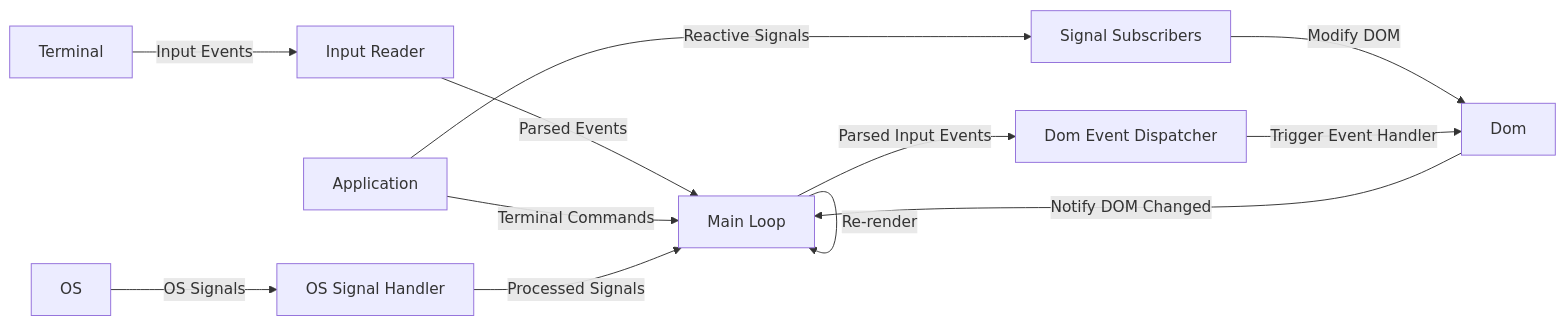
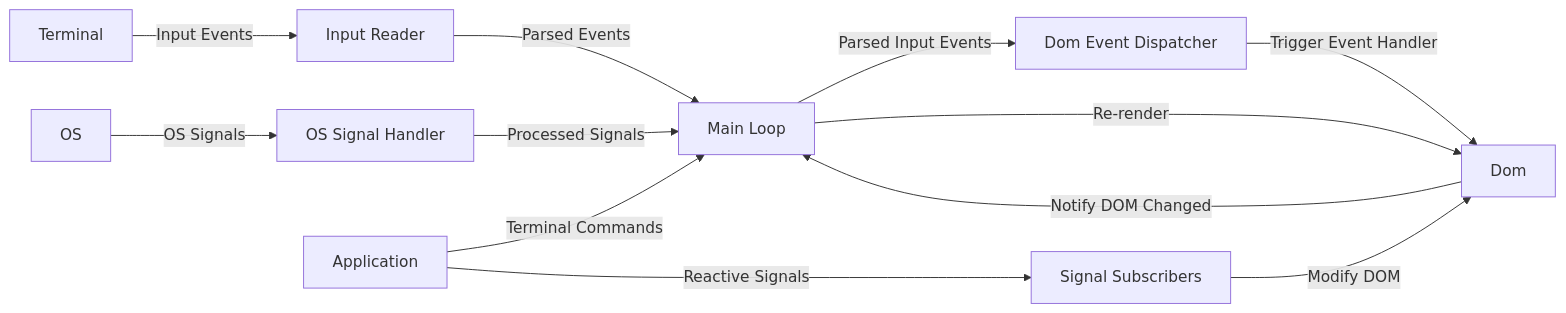
The diagram in ARCHITECTURE.md (aschey/rooibos), drawn with Mermaid before and after one commit.

Commit message:
fix flowchart

````diff
--- a/ARCHITECTURE.md
+++ b/ARCHITECTURE.md
@@ -33,14 +33,14 @@
 ```mermaid
 flowchart LR
     T[Terminal] -- Input Events --> IR[Input Reader]
     OS[OS] -- OS Signals --> OSSH[OS Signal Handler]
     IR -- Parsed Events --> ML[Main Loop]
     A[Application] -- Terminal Commands --> ML
     A -- Reactive Signals --> SS[Signal Subscribers]
     SS -- Modify DOM --> D
     OSSH -- Processed Signals --> ML
     ML -- Parsed Input Events --> DED[Dom Event Dispatcher]
     DED -- Trigger Event Handler --> D[Dom]
     D -- Notify DOM Changed --> ML
-    ML -- Re-render --> ML
+    ML -- Re-render --> D
 ```
````
